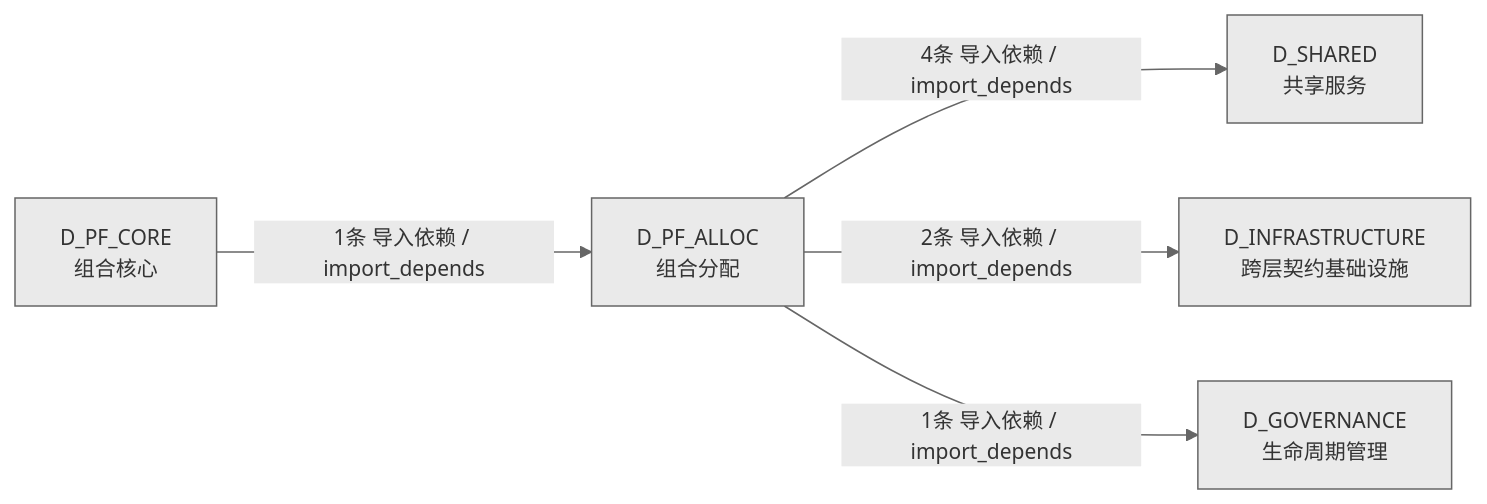
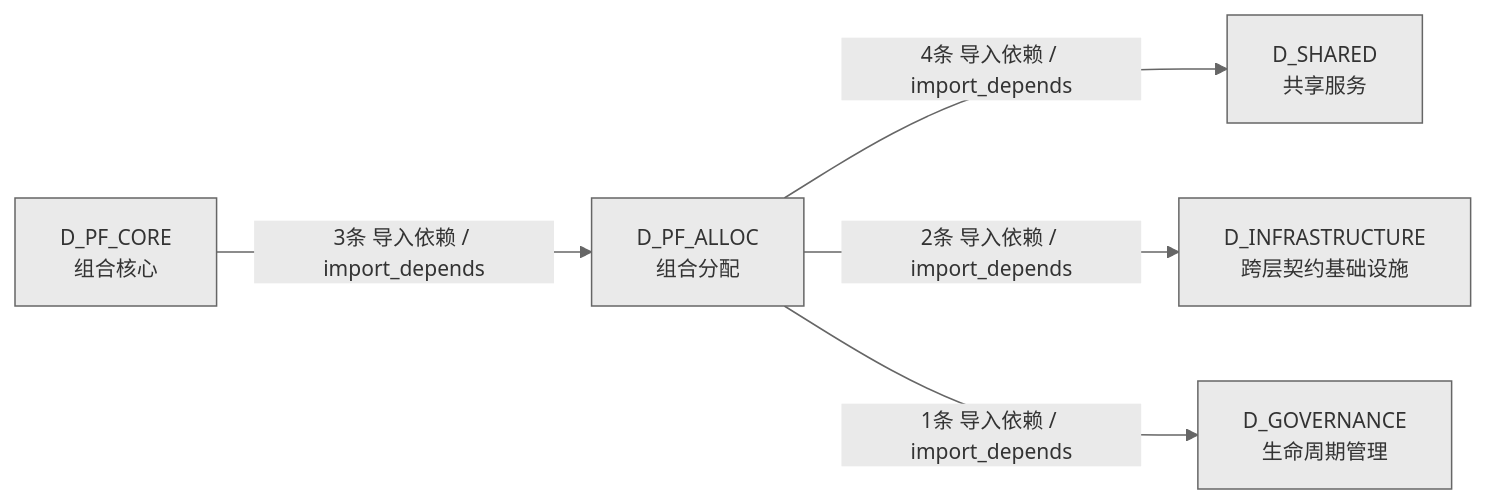
Before and after one commit to xuanFelixVan/ZephyrAlpha: the fourth of 4 diagrams in docs/02_enterprise_architecture/02_domain_architecture_docs/62_d_pf_alloc.md, drawn with Mermaid. The commit also changed other lines of this file and 46 other files, not shown here.

````diff
--- a/docs/02_enterprise_architecture/02_domain_architecture_docs/62_d_pf_alloc.md
+++ b/docs/02_enterprise_architecture/02_domain_architecture_docs/62_d_pf_alloc.md
@@ -150,13 +155,13 @@
 ```mermaid
 %%{init: {'theme': 'base', 'themeVariables': {'primaryColor': '#eaeaea', 'primaryTextColor': '#333333', 'primaryBorderColor': '#666666', 'lineColor': '#666666', 'secondaryColor': '#eaeaea', 'tertiaryColor': '#eaeaea', 'fontSize': '14px'}}}%%
 graph LR
     D_PF_ALLOC["D_PF_ALLOC<br/>组合分配"]
     D_SHARED["D_SHARED<br/>共享服务"]
     D_INFRASTRUCTURE["D_INFRASTRUCTURE<br/>跨层契约基础设施"]
     D_GOVERNANCE["D_GOVERNANCE<br/>生命周期管理"]
     D_PF_CORE["D_PF_CORE<br/>组合核心"]
     D_PF_ALLOC -->|4条 导入依赖 / import_depends| D_SHARED
     D_PF_ALLOC -->|2条 导入依赖 / import_depends| D_INFRASTRUCTURE
     D_PF_ALLOC -->|1条 导入依赖 / import_depends| D_GOVERNANCE
-    D_PF_CORE -->|1条 导入依赖 / import_depends| D_PF_ALLOC
+    D_PF_CORE -->|3条 导入依赖 / import_depends| D_PF_ALLOC
 ```
````
